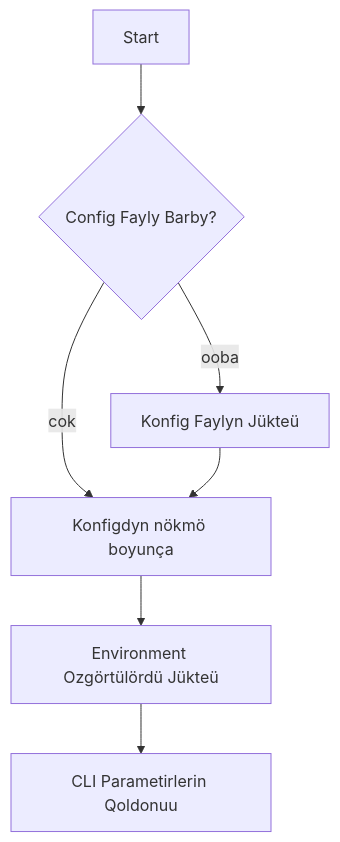
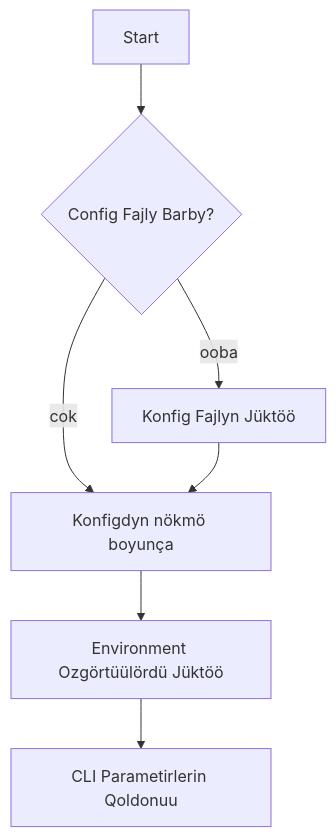
The first of 2 diagrams in docs/qy/readme.md (sultaniman/kpow), drawn with Mermaid before and after one commit. The commit also changed other lines of this file and 3 other files, not shown here.

````diff
--- a/docs/qy/readme.md
+++ b/docs/qy/readme.md
@@ -47,9 +48,9 @@
 ```mermaid
 flowchart TD
-    A[Start] --> B{Config Fayly Barby?}
-    B -- ooba --> C[Konfig Faylyn Jükteü]
+    A[Start] --> B{Config Fajly Barby?}
+    B -- ooba --> C[Konfig Fajlyn Jüktöö]
     B -- cok --> D[Konfigdyn nökmö boyunça]
     C --> D
-    D --> E[Environment Ozgörtülördü Jükteü]
+    D --> E[Environment Ozgörtüülördü Jüktöö]
     E --> F[CLI Parametirlerin Qoldonuu]
 ```
````
